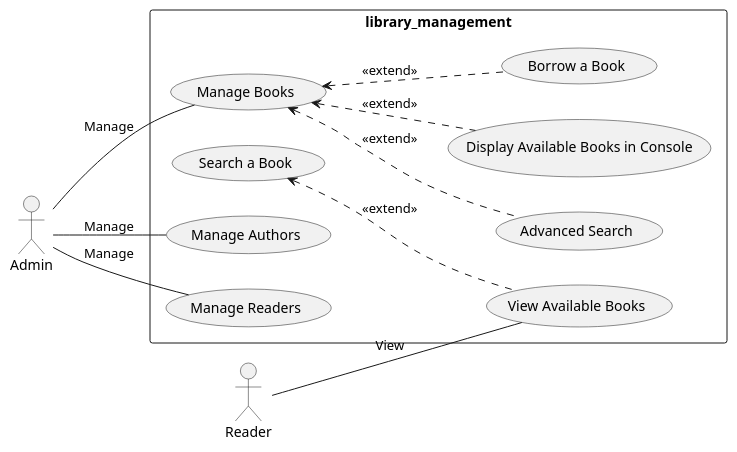
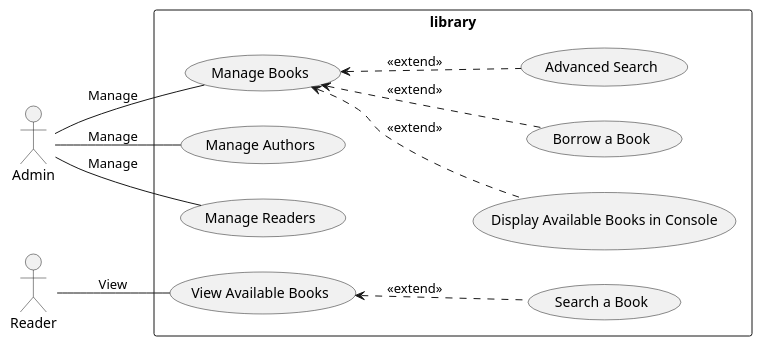
The diagram in Branche_fonctionnelle/Analyse.plantuml (DevZakariaAz/Gestion-de-biblioth-que), drawn with PlantUML before and after one commit.

```diff
--- a/Branche_fonctionnelle/Analyse.plantuml
+++ b/Branche_fonctionnelle/Analyse.plantuml
@@ -1,25 +1,25 @@
 @startuml
 left to right direction
 actor Admin
 actor Reader
-rectangle library_management {
+rectangle library{
 usecase "Manage Books" as UC_ManageBook
 usecase "View Available Books" as UC_ViewAvailableBooks
 usecase "Advanced Search" as UC_AdvancedSearch
 usecase "Search a Book" as UC_SearchBook
 usecase "Display Available Books in Console" as UC_DisplayBooksConsole
 usecase "Borrow a Book" as UC_BorrowBook
 usecase "Manage Authors" as UC_ManageAuthors
 usecase "Manage Readers" as UC_ManageReaders
 }
-UC_SearchBook <.. UC_ViewAvailableBooks : <<extend>>
+UC_ViewAvailableBooks  <.. UC_SearchBook : <<extend>>
 UC_ManageBook <.. UC_AdvancedSearch : <<extend>>
 UC_ManageBook <.. UC_DisplayBooksConsole : <<extend>>
 UC_ManageBook <.. UC_BorrowBook: <<extend>>
 
 Admin -- UC_ManageBook : "Manage"
 Admin -- UC_ManageAuthors : "Manage"
 Admin -- UC_ManageReaders : "Manage"
 
 Reader -- UC_ViewAvailableBooks : "View"
 @enduml
```
